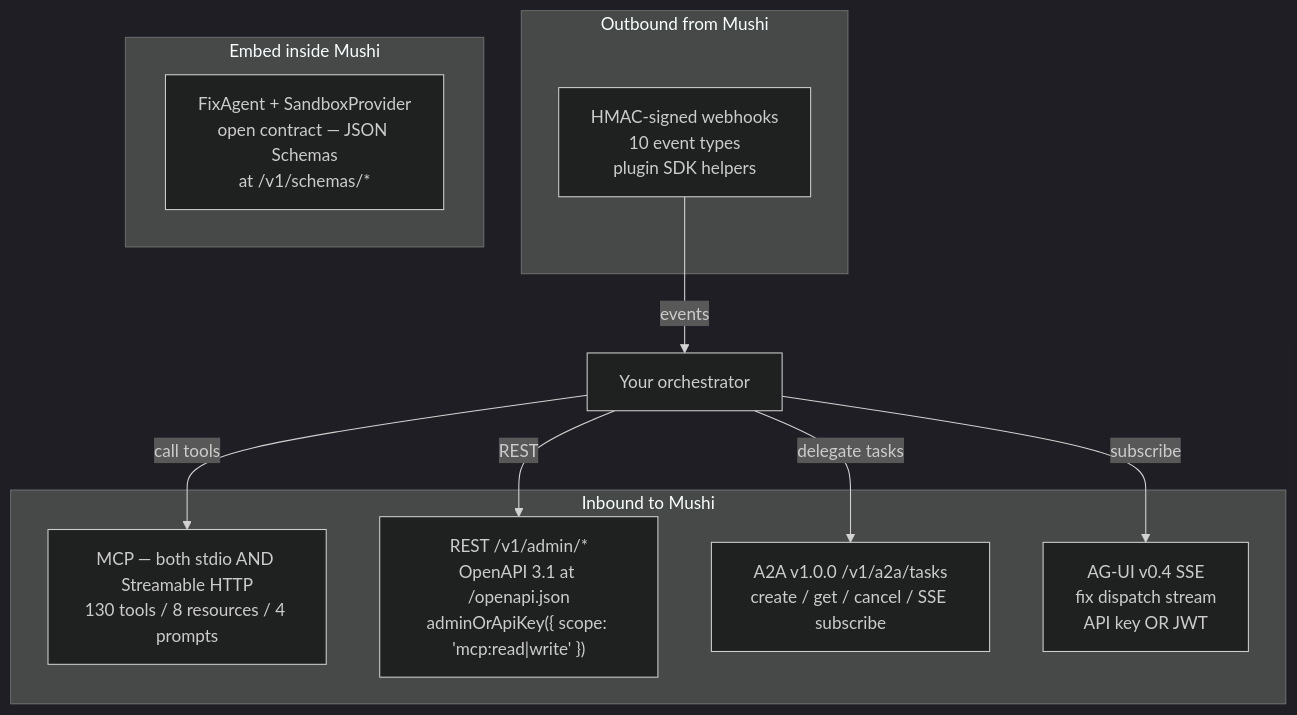
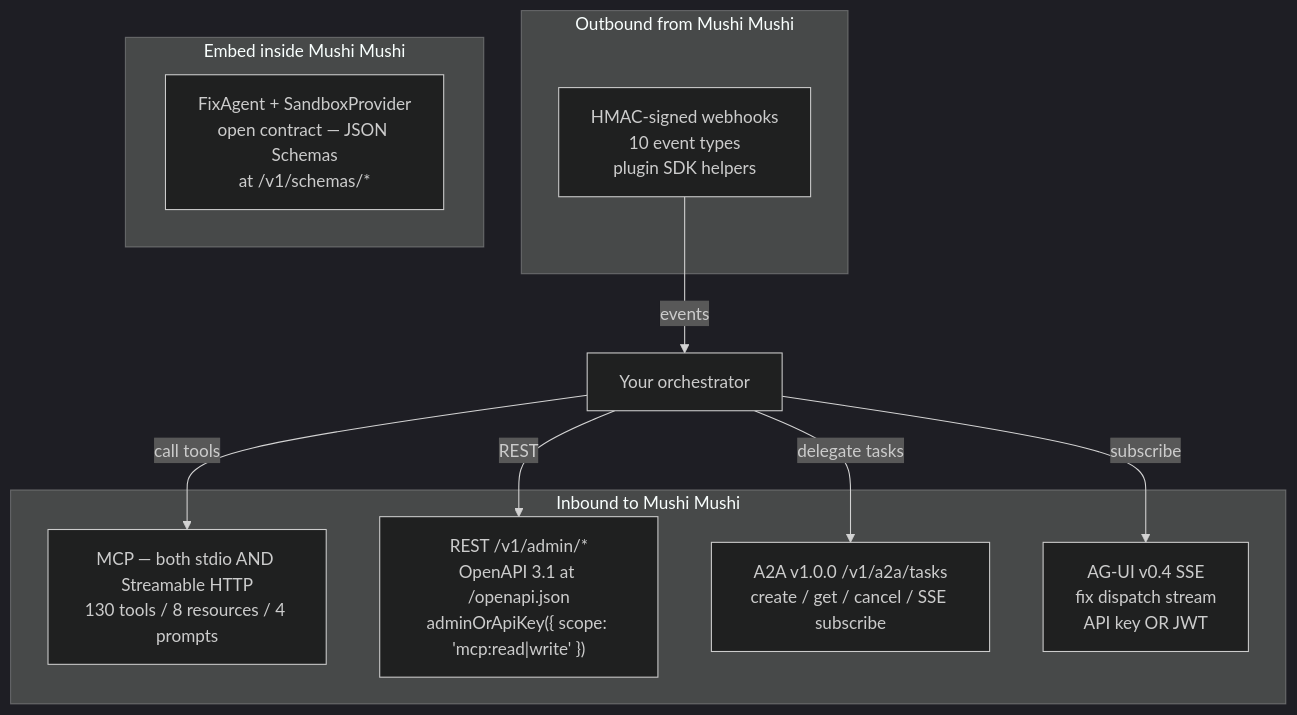
The diagram in apps/docs/content/concepts/orchestrator-interop.mdx (kensaurus/mushi-mushi), drawn with Mermaid (dark theme) before and after one commit. The commit also changed other lines of this file and 425 other files, not shown here.

````diff
--- a/apps/docs/content/concepts/orchestrator-interop.mdx
+++ b/apps/docs/content/concepts/orchestrator-interop.mdx
@@ -32,20 +32,20 @@
 ```mermaid
 flowchart TB
-  subgraph Inbound["Inbound to Mushi"]
+  subgraph Inbound["Inbound to Mushi Mushi"]
     MCP["MCP — both stdio AND Streamable HTTP<br/>130 tools / 8 resources / 4 prompts"]
     REST["REST /v1/admin/*<br/>OpenAPI 3.1 at /openapi.json<br/>adminOrApiKey({ scope: 'mcp:read|write' })"]
     A2A["A2A v1.0.0 /v1/a2a/tasks<br/>create / get / cancel / SSE subscribe"]
     AGUI["AG-UI v0.4 SSE<br/>fix dispatch stream<br/>API key OR JWT"]
   end
-  subgraph Outbound["Outbound from Mushi"]
+  subgraph Outbound["Outbound from Mushi Mushi"]
     Hooks["HMAC-signed webhooks<br/>10 event types<br/>plugin SDK helpers"]
   end
-  subgraph Native["Embed inside Mushi"]
+  subgraph Native["Embed inside Mushi Mushi"]
     FA["FixAgent + SandboxProvider<br/>open contract — JSON Schemas<br/>at /v1/schemas/*"]
   end
   Orch["Your orchestrator"] -->|"call tools"| MCP
   Orch -->|"REST"| REST
   Orch -->|"delegate tasks"| A2A
   Orch -->|"subscribe"| AGUI
   Hooks -->|"events"| Orch
 ```
````
